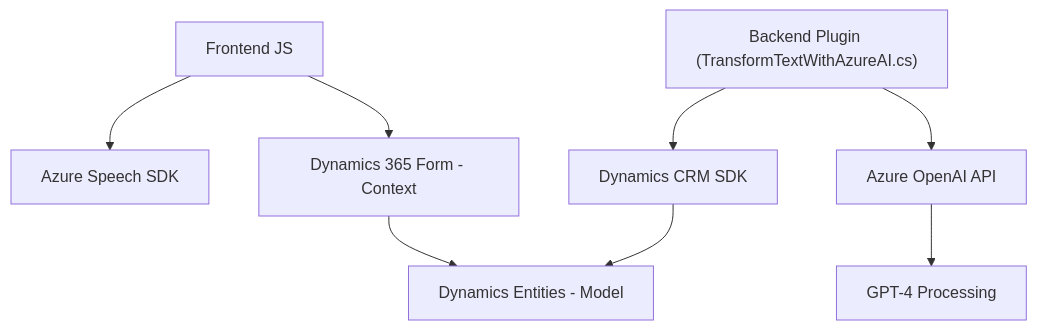
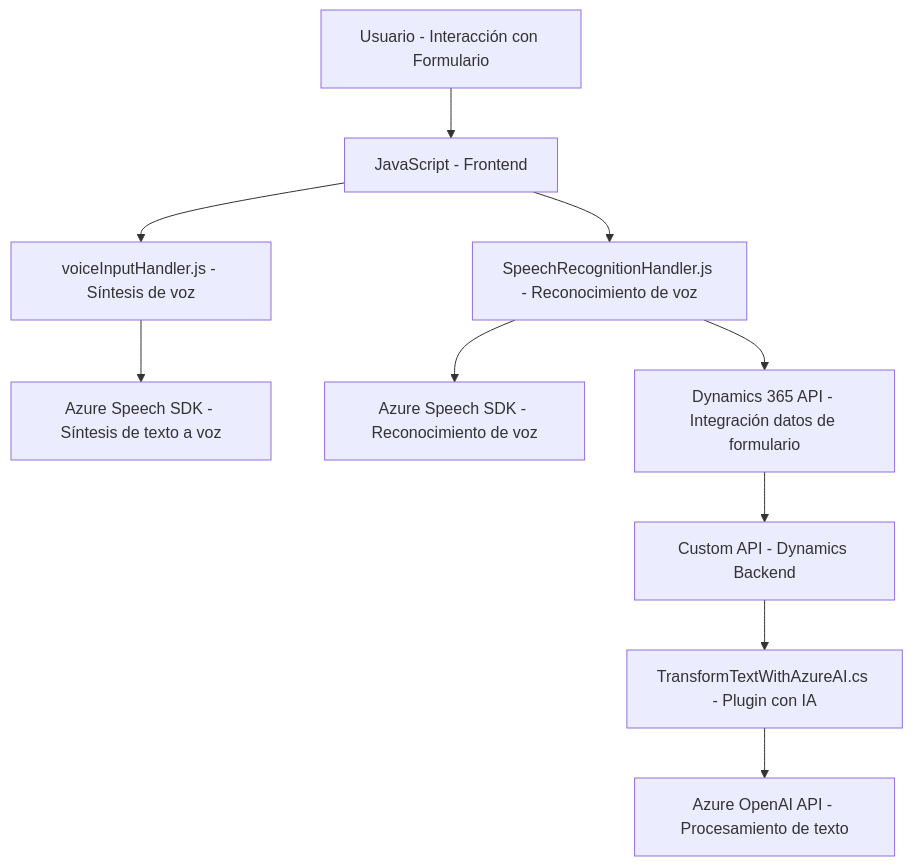
One commit to blopezdm/NETCORE_BILBAO2025 changed the diagram in README.md. Above: the diagram before and after it, drawn with Mermaid. The commit also changed other lines of this file, not shown here.

Commit message:
Actualizar análisis global de la solución con IA

````diff
--- a/README.md
+++ b/README.md
@@ -37,10 +37,12 @@
 ```mermaid
 graph TD
-    A["Frontend JS"] --> B["Azure Speech SDK"]
-    A --> C["Dynamics 365 Form - Context"]
-    D["Backend Plugin (TransformTextWithAzureAI.cs)"] --> E["Dynamics CRM SDK"]
-    D --> F["Azure OpenAI API"]
-    E --> G["Dynamics Entities - Model"]
-    F --> H["GPT-4 Processing"]
-    C --> G
+  A["Usuario - Interacción con Formulario"] --> B["JavaScript - Frontend"]
+  B --> C["voiceInputHandler.js - Síntesis de voz"]
+  B --> D["SpeechRecognitionHandler.js - Reconocimiento de voz"]
+  C --> E["Azure Speech SDK - Síntesis de texto a voz"]
+  D --> F["Azure Speech SDK - Reconocimiento de voz"]
+  D --> G["Dynamics 365 API - Integración datos de formulario"]
+  G --> H["Custom API - Dynamics Backend"]
+  H --> I["TransformTextWithAzureAI.cs - Plugin con IA"]
+  I --> J["Azure OpenAI API - Procesamiento de texto"]
 ```
````
